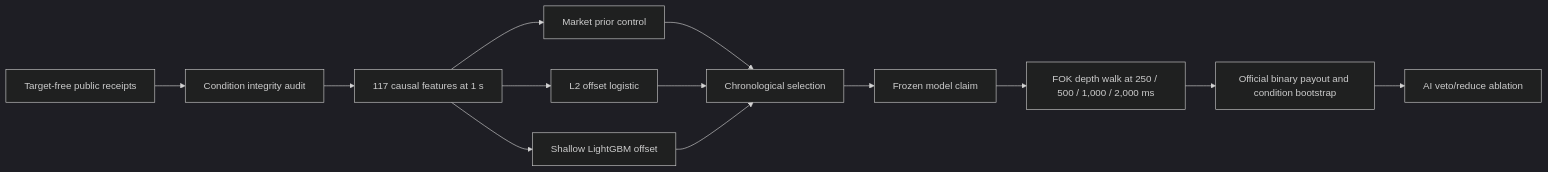
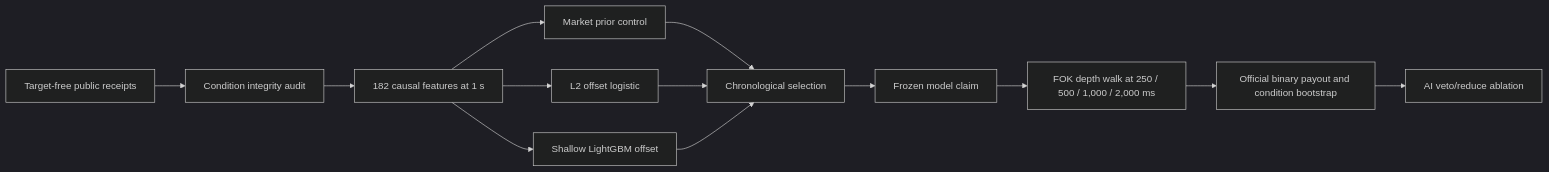
Before and after one commit to strmt7/simple_ai_trading: the diagram in docs/model-research/polymarket/latest/round-027-stage1-model-design/README.md, drawn with Mermaid (dark theme). The commit also changed other lines of this file and 4 other files, not shown here.

````diff
--- a/docs/model-research/polymarket/latest/round-027-stage1-model-design/README.md
+++ b/docs/model-research/polymarket/latest/round-027-stage1-model-design/README.md
@@ -6,15 +6,15 @@
 ```mermaid
 flowchart LR
     A["Target-free public receipts"] --> B["Condition integrity audit"]
-    B --> C["117 causal features at 1 s"]
+    B --> C["182 causal features at 1 s"]
     C --> D["Market prior control"]
     C --> E["L2 offset logistic"]
     C --> F["Shallow LightGBM offset"]
     D --> G["Chronological selection"]
     E --> G
     F --> G
     G --> H["Frozen model claim"]
     H --> I["FOK depth walk at 250 / 500 / 1,000 / 2,000 ms"]
     I --> K["Official binary payout and condition bootstrap"]
     K --> J["AI veto/reduce ablation"]
 ```
````
